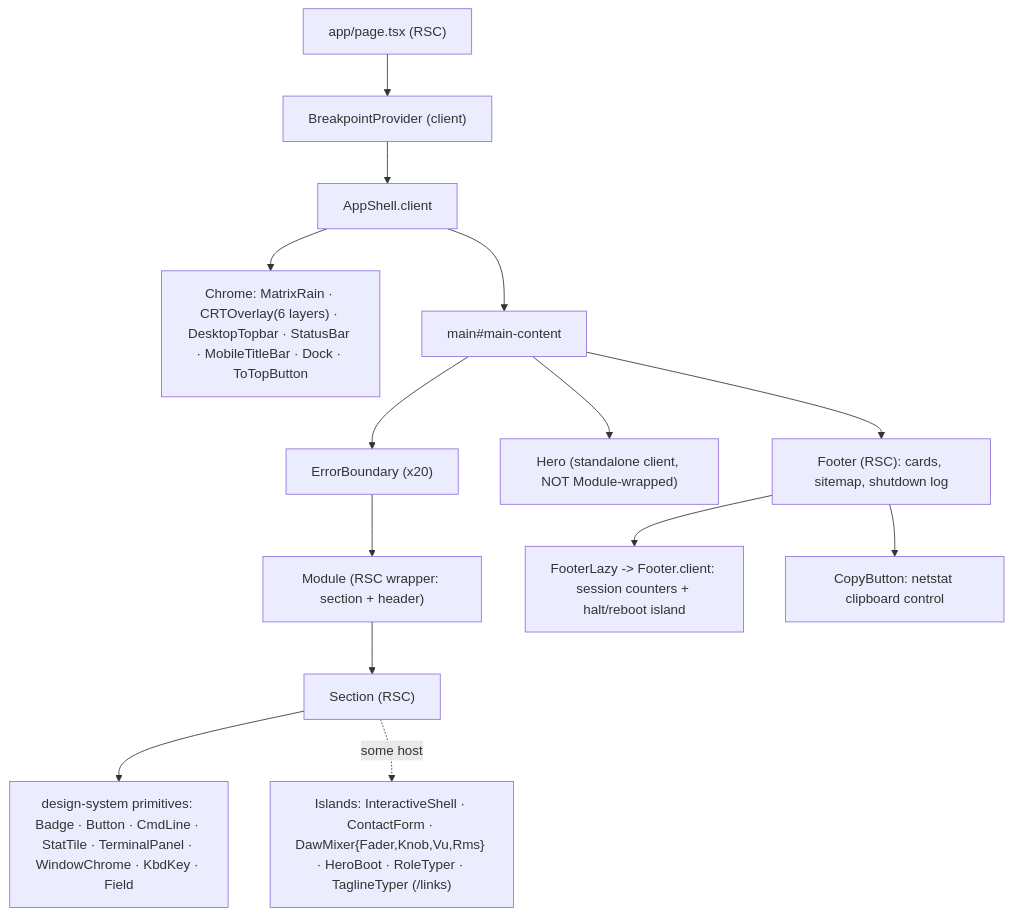
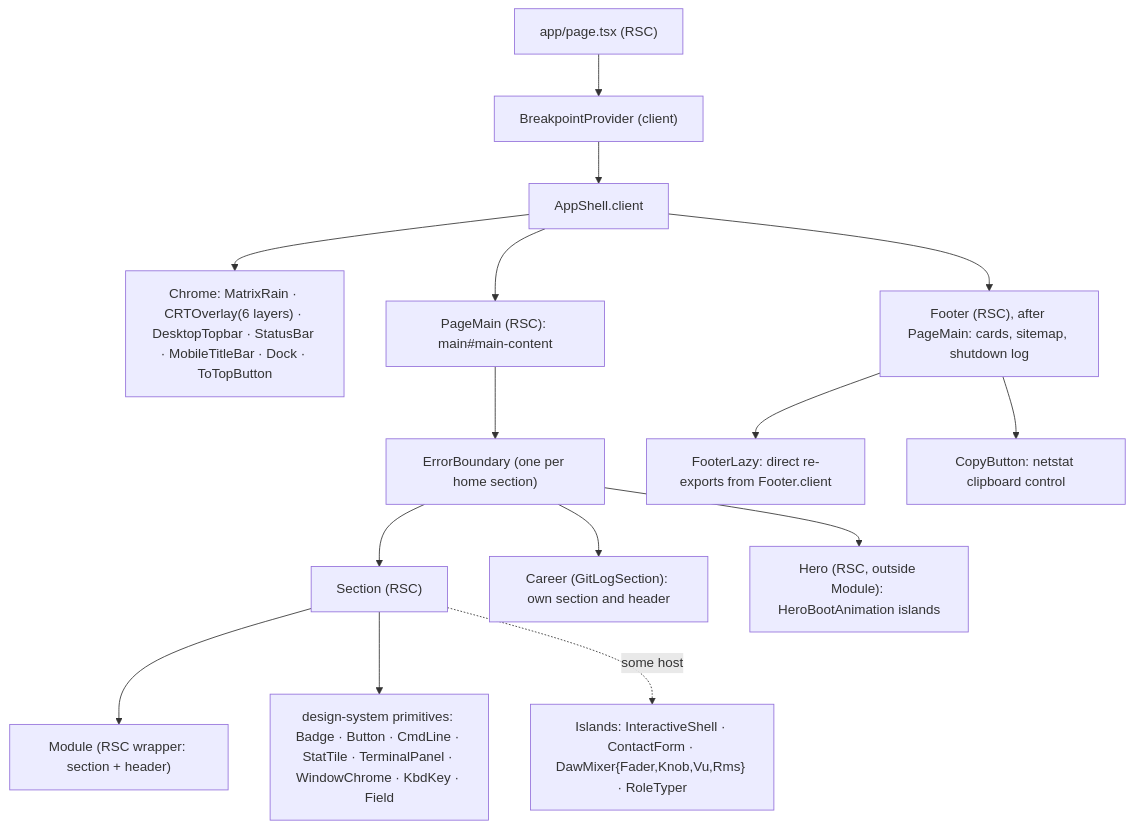
The first of 2 diagrams in docs/04-components-and-state.md (erikunha/portfolio), drawn with Mermaid before and after one commit. The commit also changed other lines of this file and 14 other files, not shown here.

First line of the commit message:
docs(architecture): redraw diagrams for the terminal-module homepage

````diff
--- a/docs/04-components-and-state.md
+++ b/docs/04-components-and-state.md
@@ -22,16 +22,18 @@
 ```mermaid
 flowchart TD
     page["app/page.tsx (RSC)"] --> bp["BreakpointProvider (client)"]
     bp --> shell["AppShell.client"]
     shell --> chrome["Chrome: MatrixRain · CRTOverlay(6 layers) · DesktopTopbar · StatusBar · MobileTitleBar · Dock · ToTopButton"]
-    shell --> main["main#main-content"]
-    main --> eb["ErrorBoundary (x20)"]
-    eb --> mod["Module (RSC wrapper: section + header)"]
-    mod --> sec["Section (RSC)"]
+    shell --> main["PageMain (RSC): main#main-content"]
+    main --> eb["ErrorBoundary (one per home section)"]
+    eb --> sec
+    mod["Module (RSC wrapper: section + header)"]
+    sec["Section (RSC)"] --> mod
     sec --> dsp["design-system primitives: Badge · Button · CmdLine · StatTile · TerminalPanel · WindowChrome · KbdKey · Field"]
-    sec -. some host .-> isl["Islands: InteractiveShell · ContactForm · DawMixer{Fader,Knob,Vu,Rms} · HeroBoot · RoleTyper · TaglineTyper (/links)"]
-    main --> hero["Hero (standalone client, NOT Module-wrapped)"]
-    main --> fl["Footer (RSC): cards, sitemap, shutdown log"]
-    fl --> fi["FooterLazy -> Footer.client: session counters + halt/reboot island"]
+    sec -. some host .-> isl["Islands: InteractiveShell · ContactForm · DawMixer{Fader,Knob,Vu,Rms} · RoleTyper"]
+    eb --> career["Career (GitLogSection): own section and header"]
+    eb --> hero["Hero (RSC, outside Module): HeroBootAnimation islands"]
+    shell --> fl["Footer (RSC), after PageMain: cards, sitemap, shutdown log"]
+    fl --> fi["FooterLazy: direct re-exports from Footer.client"]
     fl --> fc["CopyButton: netstat clipboard control"]
 ```
````
